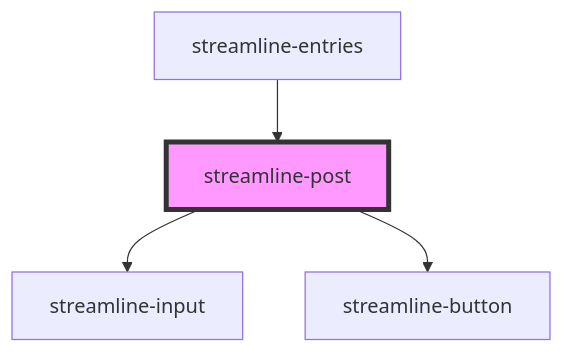
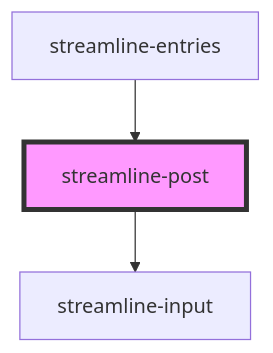
Before and after one commit to dnnsjsk/streamline: the diagram in stencil/src/components/streamline-post/readme.md, drawn with Mermaid. The commit also changed other lines of this file and 146 other files, not shown here.

````diff
--- a/stencil/src/components/streamline-post/readme.md
+++ b/stencil/src/components/streamline-post/readme.md
@@ -33,7 +32,6 @@
 ```mermaid
 graph TD;
   streamline-post --> streamline-input
-  streamline-post --> streamline-button
   streamline-entries --> streamline-post
   style streamline-post fill:#f9f,stroke:#333,stroke-width:4px
 ```
````
